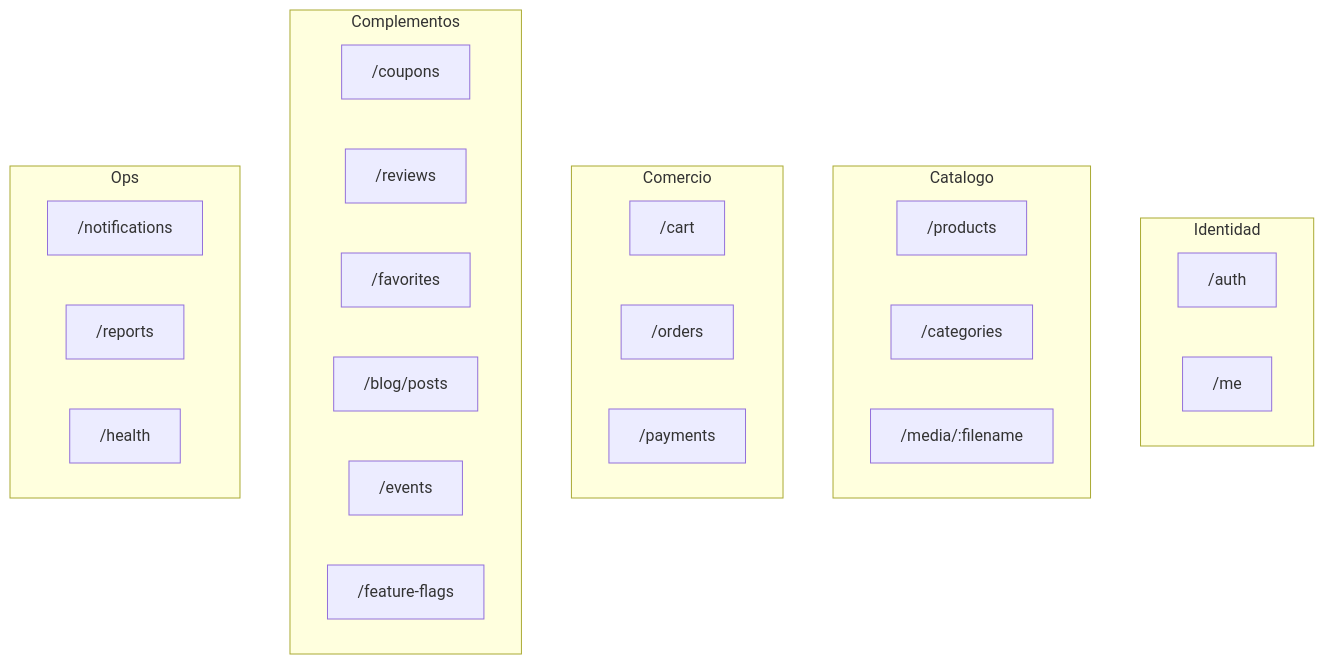
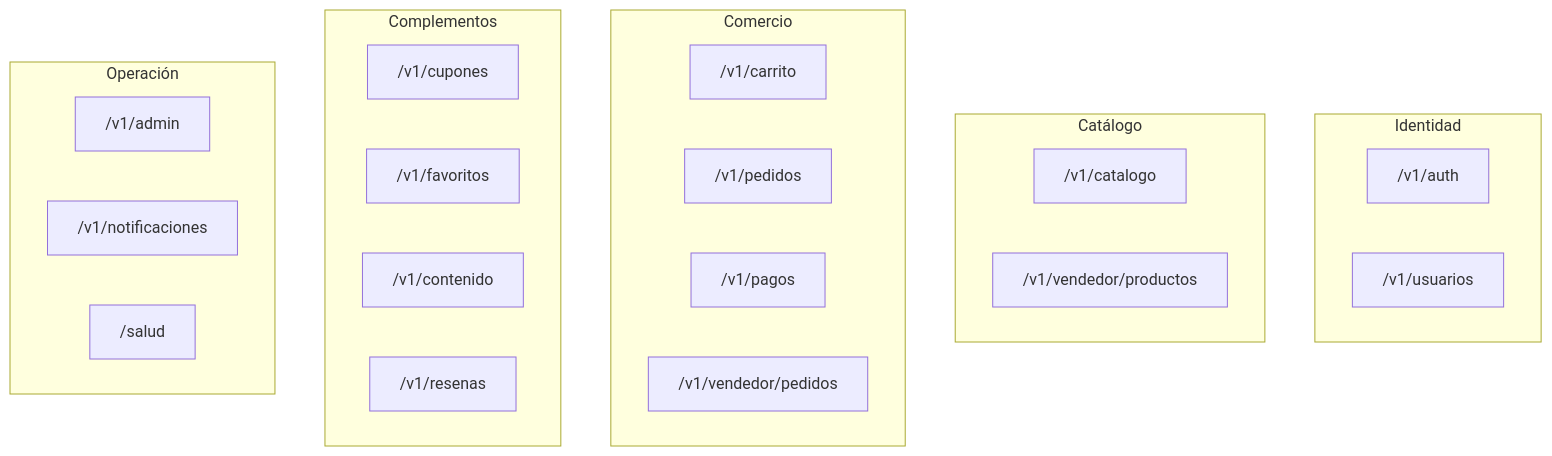
The diagram in docs/05-CONTRATO-API.md (julianmeoficial/minimalecommerceapi), drawn with Mermaid before and after one commit. The commit also changed other lines of this file and 220 other files, not shown here.

````diff
--- a/docs/05-CONTRATO-API.md
+++ b/docs/05-CONTRATO-API.md
@@ -8,34 +12,28 @@
 ```mermaid
 flowchart TB
   subgraph identity [Identidad]
-    A["/auth"]
-    Me["/me"]
+    Auth["/v1/auth"]
+    Usr["/v1/usuarios"]
   end
-
-  subgraph catalog [Catalogo]
-    P["/products"]
-    Cat["/categories"]
-    Media["/media/:filename"]
+  subgraph catalog [Catálogo]
+    Cat["/v1/catalogo"]
+    VenP["/v1/vendedor/productos"]
   end
-
-  subgraph ordering [Comercio]
-    Cart["/cart"]
-    Ord["/orders"]
-    Pay["/payments"]
+  subgraph commerce [Comercio]
+    Cart["/v1/carrito"]
+    Ord["/v1/pedidos"]
+    Pay["/v1/pagos"]
+    VenO["/v1/vendedor/pedidos"]
   end
-
-  subgraph complements [Complementos]
-    Cup["/coupons"]
-    Rev["/reviews"]
-    Fav["/favorites"]
-    Blog["/blog/posts"]
-    Ev["/events"]
-    FF["/feature-flags"]
+  subgraph comp [Complementos]
+    Cup["/v1/cupones"]
+    Fav["/v1/favoritos"]
+    Cont["/v1/contenido"]
+    Res["/v1/resenas"]
   end
-
-  subgraph other [Ops]
-    N["/notifications"]
-    R["/reports"]
-    H["/health"]
+  subgraph ops [Operación]
+    Adm["/v1/admin"]
+    Notif["/v1/notificaciones"]
+    Salud["/salud"]
   end
 ```
````
